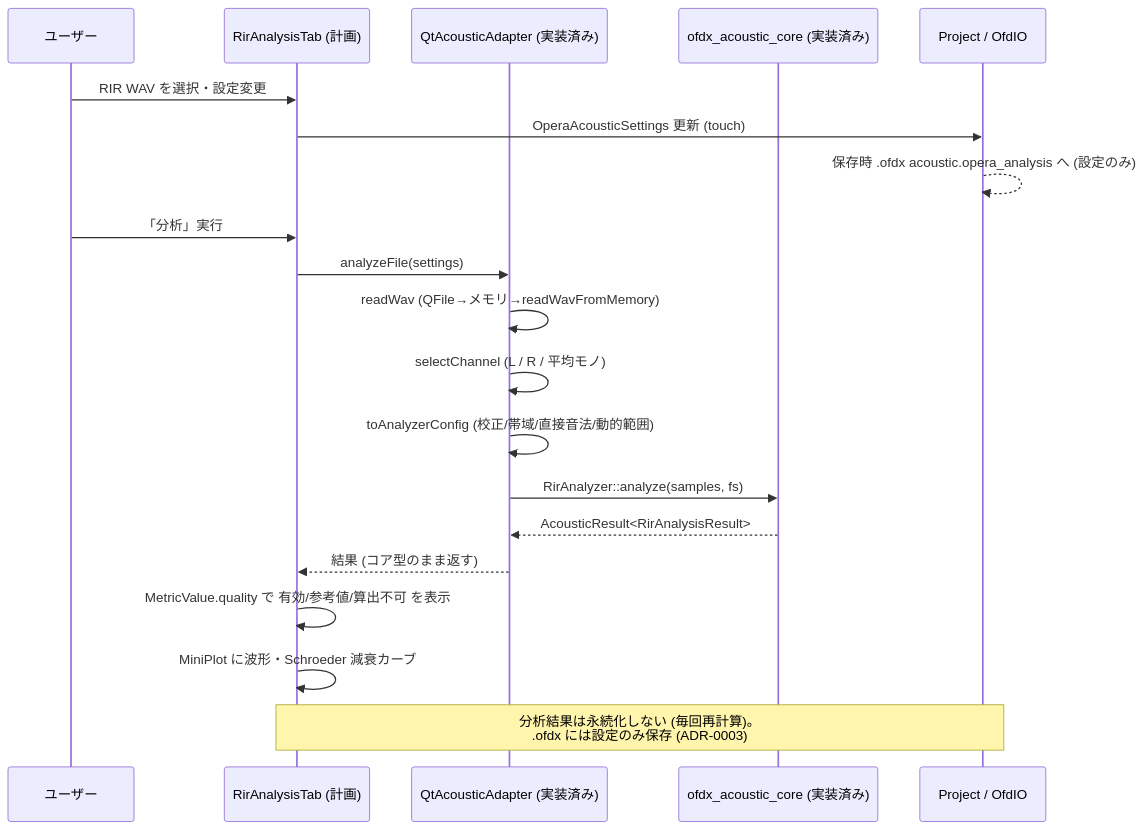
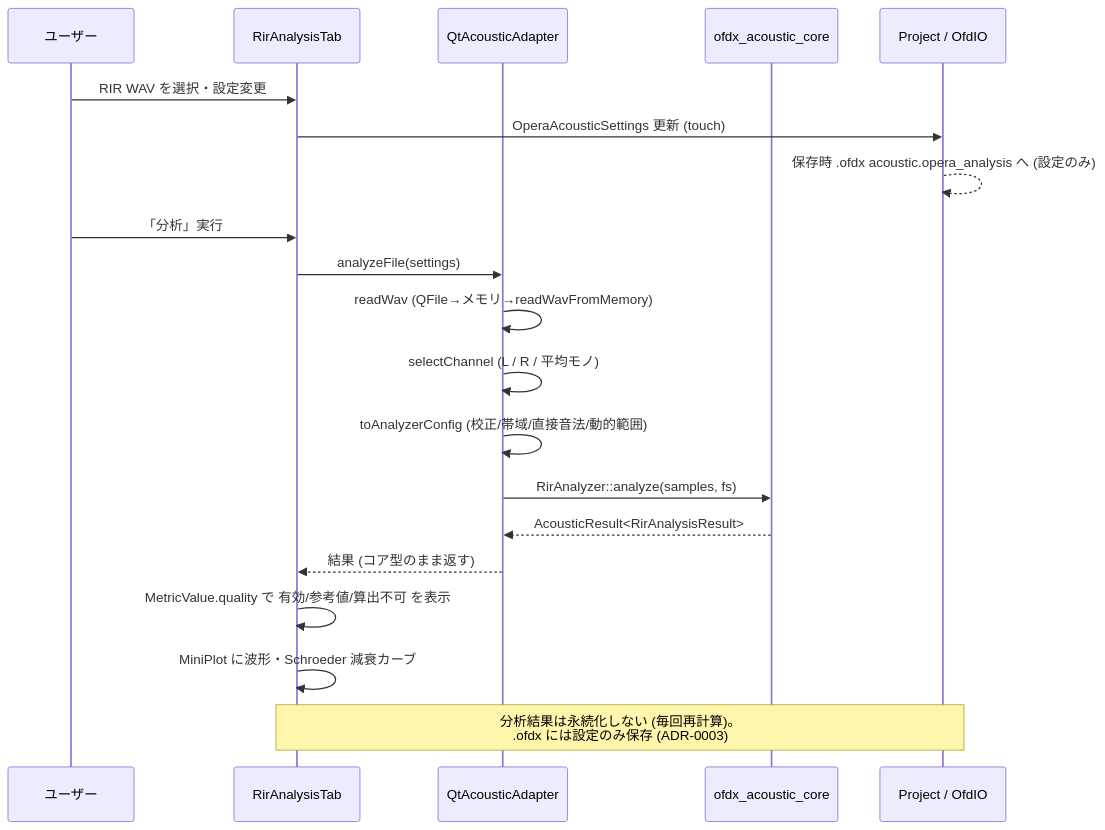
Before and after one commit to Sirokujira/OpenFDTD-X: the third of 5 diagrams in docs/opera-acoustics-architecture.md, drawn with Mermaid. The commit also changed other lines of this file and 19 other files, not shown here.

````diff
--- a/docs/opera-acoustics-architecture.md
+++ b/docs/opera-acoustics-architecture.md
@@ -140,23 +177,23 @@
 ```mermaid
 sequenceDiagram
     participant U as ユーザー
-    participant T as RirAnalysisTab (計画)
-    participant A as QtAcousticAdapter (実装済み)
-    participant C as ofdx_acoustic_core (実装済み)
+    participant T as RirAnalysisTab
+    participant A as QtAcousticAdapter
+    participant C as ofdx_acoustic_core
     participant P as Project / OfdIO
 
     U->>T: RIR WAV を選択・設定変更
     T->>P: OperaAcousticSettings 更新 (touch)
     P-->>P: 保存時 .ofdx acoustic.opera_analysis へ (設定のみ)
     U->>T: 「分析」実行
     T->>A: analyzeFile(settings)
     A->>A: readWav (QFile→メモリ→readWavFromMemory)
     A->>A: selectChannel (L / R / 平均モノ)
     A->>A: toAnalyzerConfig (校正/帯域/直接音法/動的範囲)
     A->>C: RirAnalyzer::analyze(samples, fs)
     C-->>A: AcousticResult<RirAnalysisResult>
     A-->>T: 結果 (コア型のまま返す)
     T->>T: MetricValue.quality で 有効/参考値/算出不可 を表示
     T->>T: MiniPlot に波形・Schroeder 減衰カーブ
     Note over T,P: 分析結果は永続化しない (毎回再計算)。<br/>.ofdx には設定のみ保存 (ADR-0003)
 ```
````
